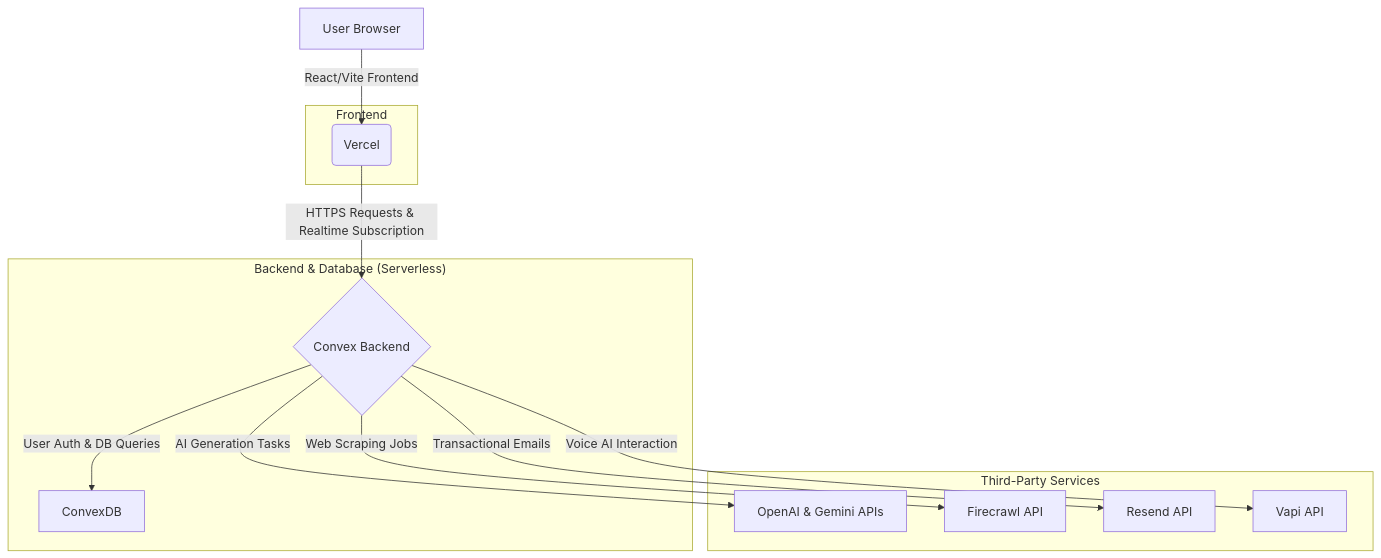
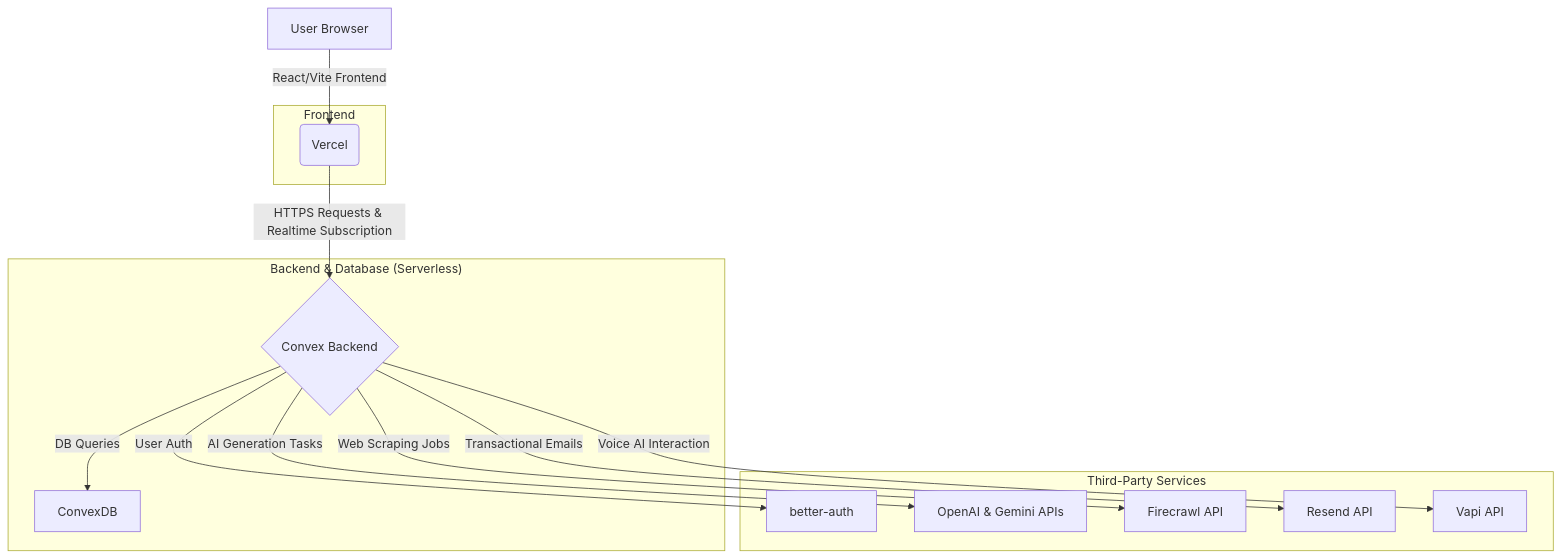
The diagram in README.md (zaikaman/VentureSmith), drawn with Mermaid before and after one commit.

Commit message:
Clearer README

````diff
--- a/README.md
+++ b/README.md
@@ -68,26 +68,28 @@
 ```mermaid
 graph TD
     A[User Browser] -->|React/Vite Frontend| B(Vercel);
     B -->|HTTPS Requests & Realtime Subscription| C{Convex Backend};
-    C -->|User Auth & DB Queries| D[ConvexDB];
+    C -->|DB Queries| D[ConvexDB];
+    C -->|User Auth| I[better-auth];
     C -->|AI Generation Tasks| E[OpenAI & Gemini APIs];
     C -->|Web Scraping Jobs| F[Firecrawl API];
     C -->|Transactional Emails| G[Resend API];
     C -->|Voice AI Interaction| H[Vapi API];
 
     subgraph "Frontend"
         B
     end
 
     subgraph "Backend & Database (Serverless)"
         C
         D
     end
 
     subgraph "Third-Party Services"
         E
         F
         G
         H
+        I
     end
 ```
````
